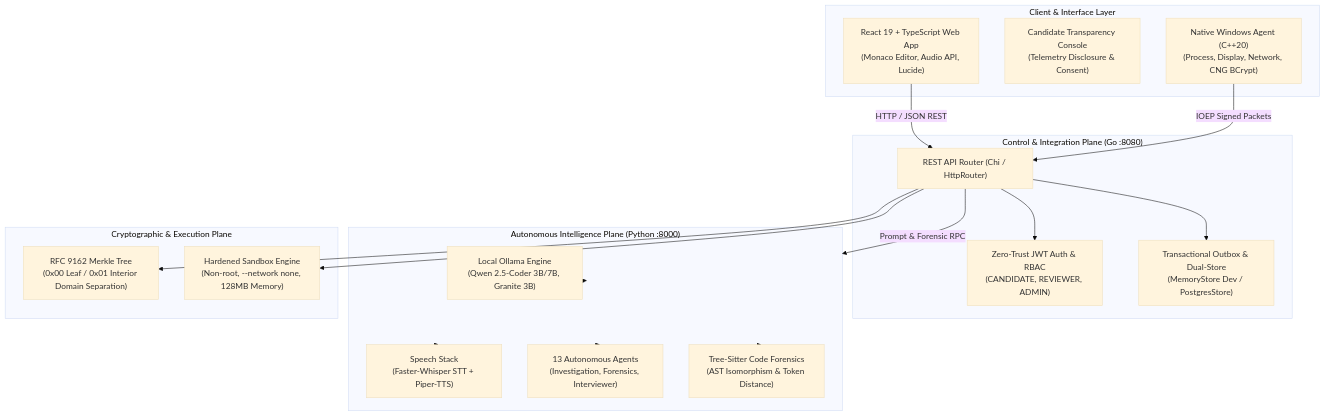
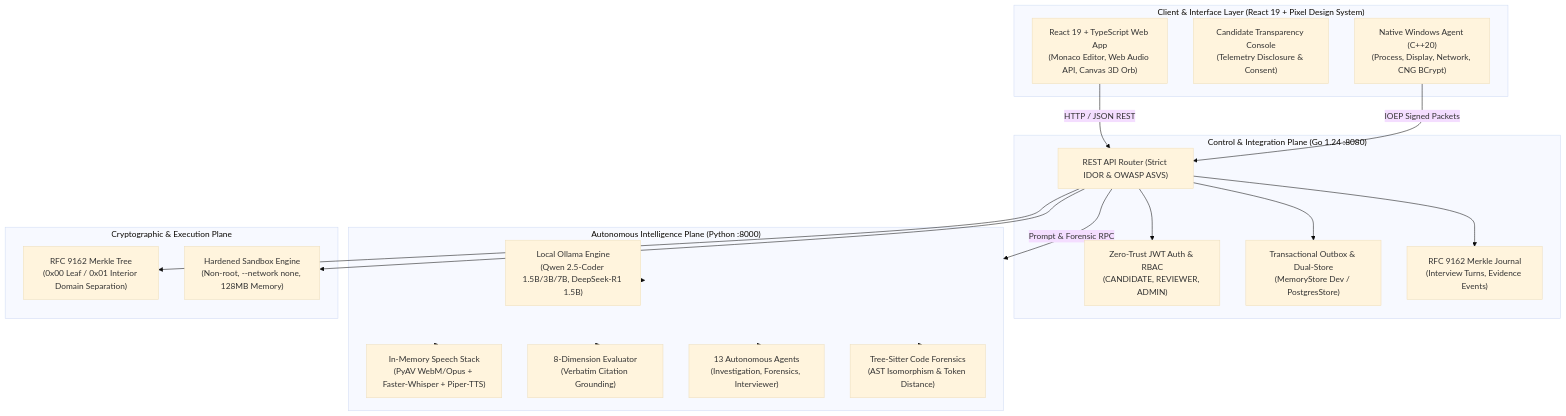
The diagram in README.md (krish-rRay23/InterviewOS), drawn with Mermaid (base theme) before and after one commit. The commit also changed other lines of this file and 25 other files, not shown here.

First line of the commit message:
feat(release): InterviewOS 6.0 final engineering hardening, continuous voice interview, and pixel-art redesign

````diff
--- a/README.md
+++ b/README.md
@@ -115,38 +148,42 @@
 ```mermaid
 flowchart TD
-    subgraph ClientLayer ["Client & Interface Layer"]
-        FE["React 19 + TypeScript Web App<br/>(Monaco Editor, Audio API, Lucide)"]
+    subgraph ClientLayer ["Client & Interface Layer (React 19 + Pixel Design System)"]
+        FE["React 19 + TypeScript Web App<br/>(Monaco Editor, Web Audio API, Canvas 3D Orb)"]
         TC["Candidate Transparency Console<br/>(Telemetry Disclosure & Consent)"]
         NA["Native Windows Agent (C++20)<br/>(Process, Display, Network, CNG BCrypt)"]
     end
 
-    subgraph ControlPlane ["Control & Integration Plane (Go :8080)"]
-        API["REST API Router (Chi / HttpRouter)"]
+    subgraph ControlPlane ["Control & Integration Plane (Go 1.24 :8080)"]
+        API["REST API Router (Strict IDOR & OWASP ASVS)"]
         AUTH["Zero-Trust JWT Auth & RBAC<br/>(CANDIDATE, REVIEWER, ADMIN)"]
         OB["Transactional Outbox & Dual-Store<br/>(MemoryStore Dev / PostgresStore)"]
+        JOURNAL["RFC 9162 Merkle Journal<br/>(Interview Turns, Evidence Events)"]
     end
 
     subgraph IntelligencePlane ["Autonomous Intelligence Plane (Python :8000)"]
-        OLLAMA["Local Ollama Engine<br/>(Qwen 2.5-Coder 3B/7B, Granite 3B)"]
-        SPEECH["Speech Stack<br/>(Faster-Whisper STT + Piper-TTS)"]
+        OLLAMA["Local Ollama Engine<br/>(Qwen 2.5-Coder 1.5B/3B/7B, DeepSeek-R1 1.5B)"]
+        SPEECH["In-Memory Speech Stack<br/>(PyAV WebM/Opus + Faster-Whisper + Piper-TTS)"]
+        EVAL["8-Dimension Evaluator<br/>(Verbatim Citation Grounding)"]
         AGENTS["13 Autonomous Agents<br/>(Investigation, Forensics, Interviewer)"]
         AST["Tree-Sitter Code Forensics<br/>(AST Isomorphism & Token Distance)"]
     end
 
     subgraph SecurityPlane ["Cryptographic & Execution Plane"]
         MERKLE["RFC 9162 Merkle Tree<br/>(0x00 Leaf / 0x01 Interior Domain Separation)"]
         SANDBOX["Hardened Sandbox Engine<br/>(Non-root, --network none, 128MB Memory)"]
     end
 
     FE -->|HTTP / JSON REST| API
     NA -->|IOEP Signed Packets| API
     API --> AUTH
     API --> OB
+    API --> JOURNAL
     API -->|Prompt & Forensic RPC| IntelligencePlane
     IntelligencePlane --> OLLAMA
     IntelligencePlane --> SPEECH
+    IntelligencePlane --> EVAL
     IntelligencePlane --> AGENTS
     IntelligencePlane --> AST
     API --> MERKLE
     API --> SANDBOX
 ```
````
